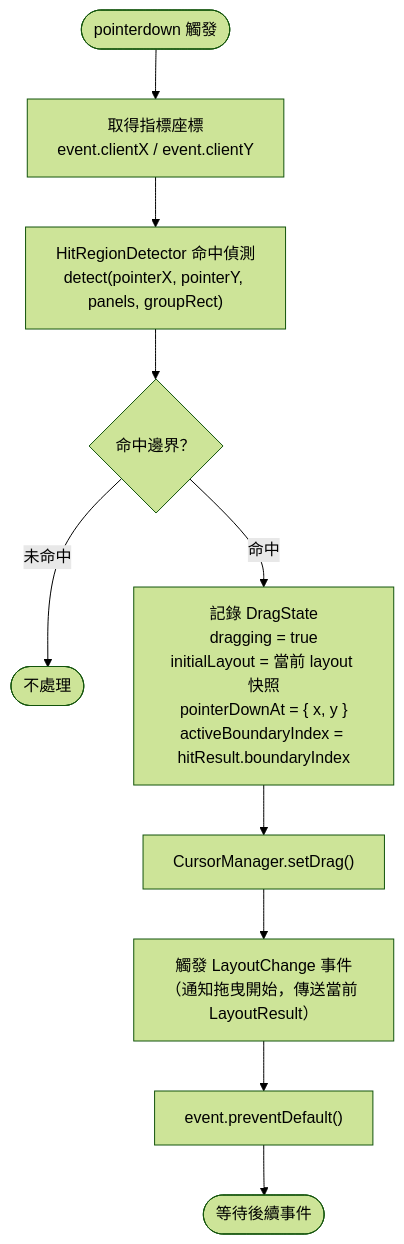
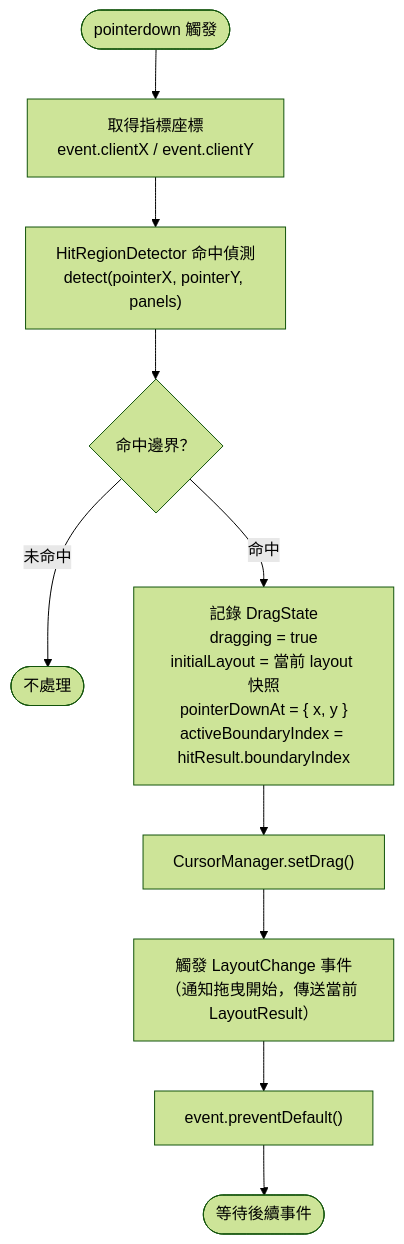
One commit to laidasan/resizable-panel changed the sixth of 9 diagrams in V1-SA.md. Above: the diagram before and after it, drawn with Mermaid (forest theme). The commit also changed other lines of this file and 2 other files, not shown here.

````diff
--- a/V1-SA.md
+++ b/V1-SA.md
@@ -621,13 +634,13 @@
 ```mermaid
 flowchart TD
     Entry(["pointerdown 觸發"])
     Entry --> GetPos["取得指標座標<br/>event.clientX / event.clientY"]
-    GetPos --> Detect["HitRegionDetector 命中偵測<br/>detect(pointerX, pointerY, panels, groupRect)"]
+    GetPos --> Detect["HitRegionDetector 命中偵測<br/>detect(pointerX, pointerY, panels)"]
     Detect --> HitCheck{命中邊界？}
     HitCheck -- 未命中 --> Ignore(["不處理"])
     HitCheck -- 命中 --> SaveState["記錄 DragState<br/>dragging = true<br/>initialLayout = 當前 layout 快照<br/>pointerDownAt = { x, y }<br/>activeBoundaryIndex = hitResult.boundaryIndex"]
     SaveState --> SetCursor["CursorManager.setDrag()"]
     SetCursor --> EmitStart["觸發 LayoutChange 事件<br/>（通知拖曳開始，傳送當前 LayoutResult）"]
     EmitStart --> Prevent["event.preventDefault()"]
     Prevent --> Return(["等待後續事件"])
 ```
````
